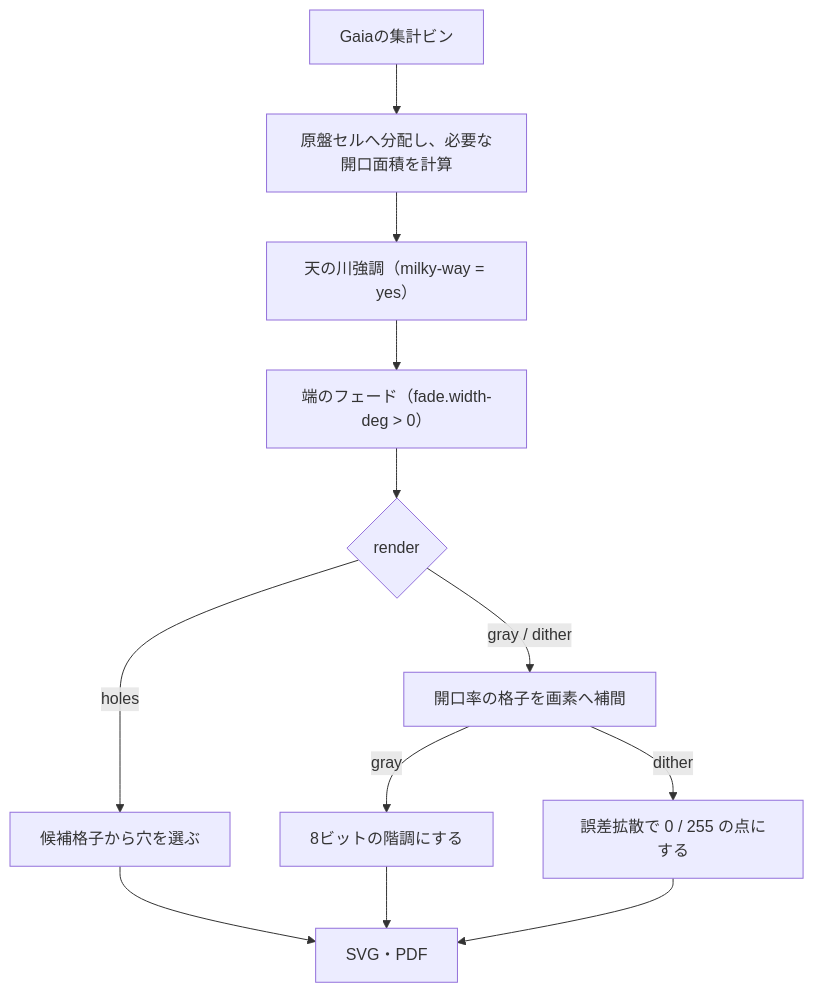
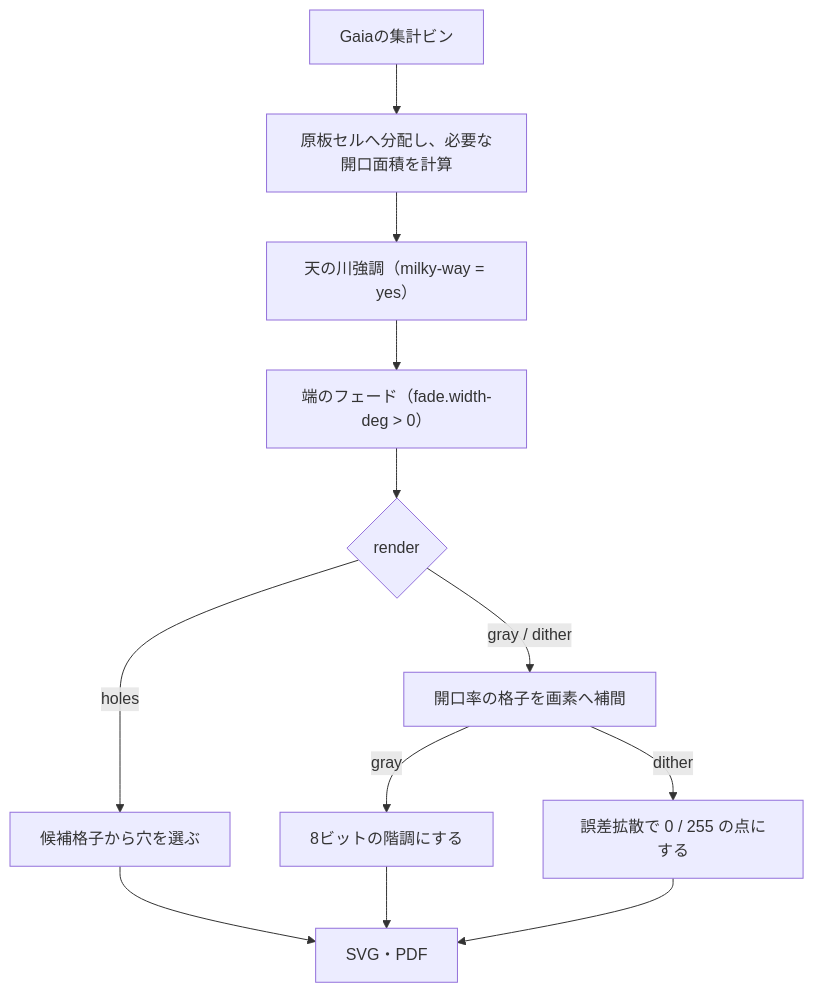
Before and after one commit to asanumakottii-collab/GingaForge: the diagram in docs/gaia.md, drawn with Mermaid. The commit also changed other lines of this file and 15 other files, not shown here.

````diff
--- a/docs/gaia.md
+++ b/docs/gaia.md
@@ -12,14 +12,14 @@
 ```mermaid
 flowchart TD
-    A["Gaiaの集計ビン"] --> B["原盤セルへ分配し、必要な開口面積を計算"]
+    A["Gaiaの集計ビン"] --> B["原板セルへ分配し、必要な開口面積を計算"]
     B --> C["天の川強調（milky-way = yes）"]
     C --> J["端のフェード（fade.width-deg > 0）"]
     J --> D{"render"}
     D -->|holes| E["候補格子から穴を選ぶ"]
     D -->|"gray / dither"| F["開口率の格子を画素へ補間"]
     F -->|gray| G["8ビットの階調にする"]
     F -->|dither| H["誤差拡散で 0 / 255 の点にする"]
     E --> I["SVG・PDF"]
     G --> I
     H --> I
 ```
````
